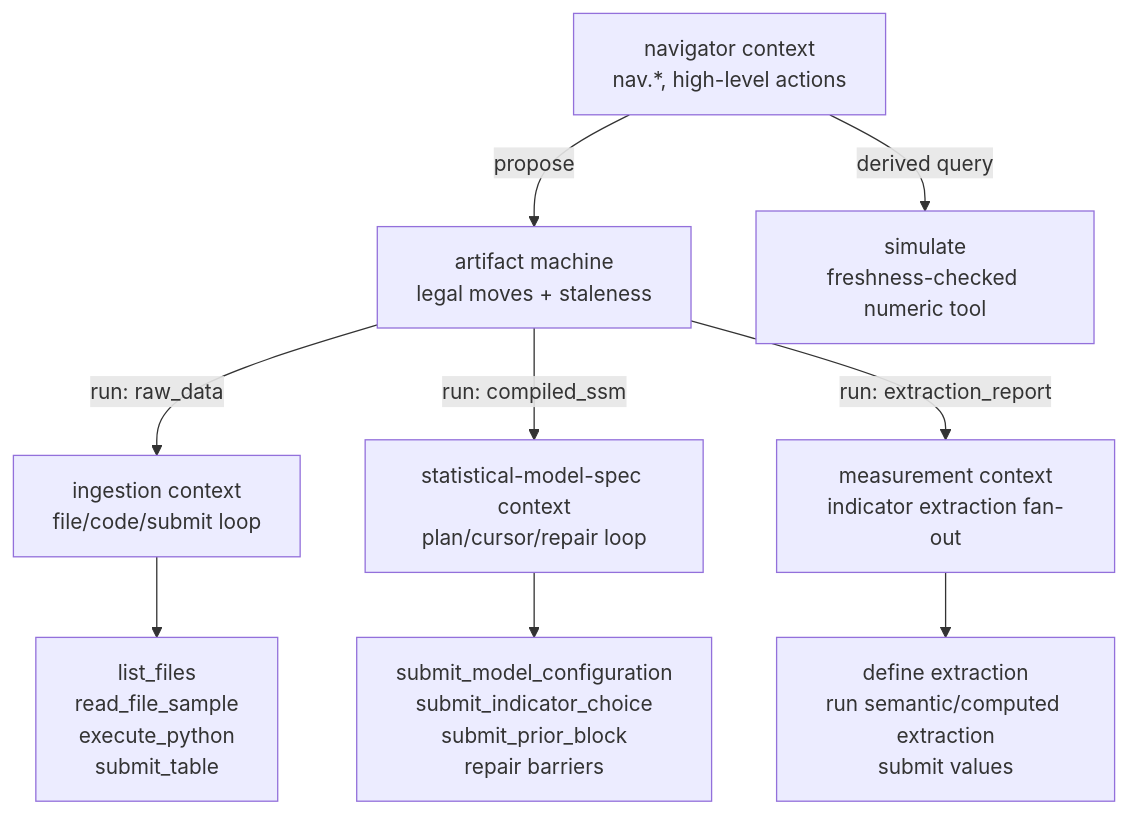
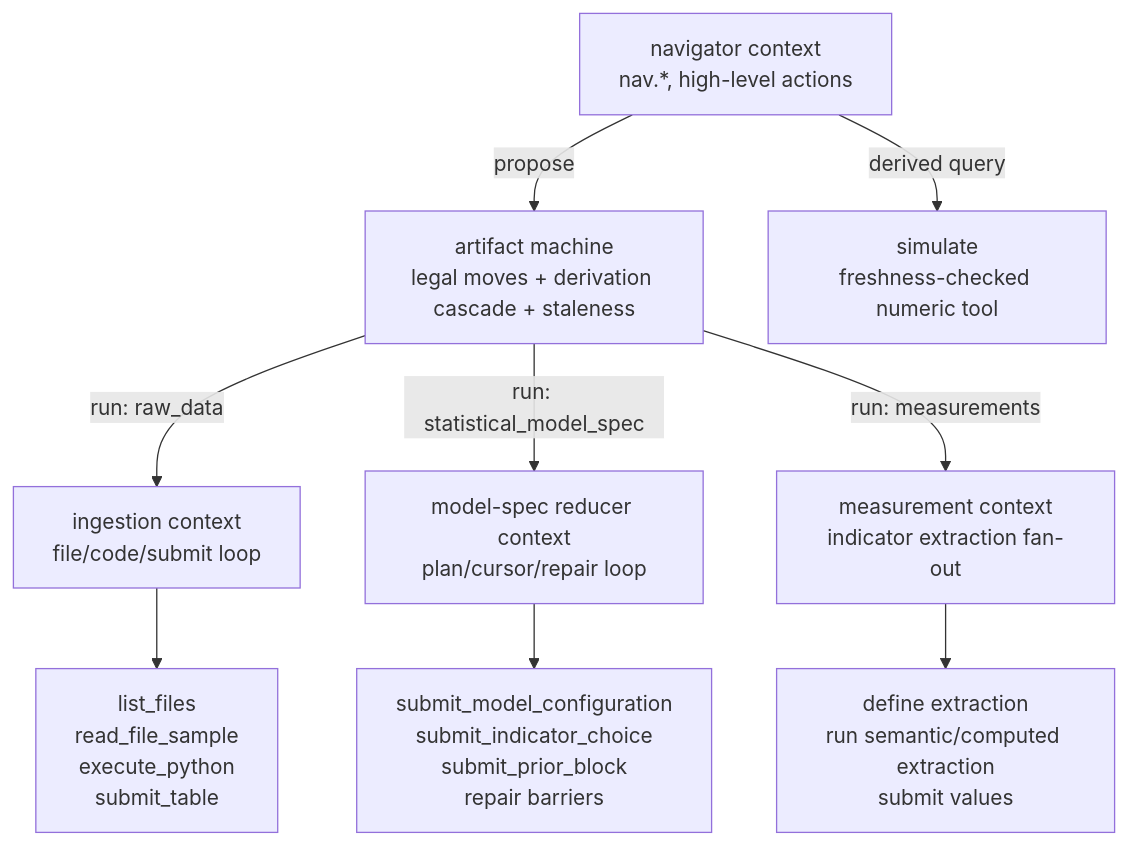
One commit to ma9o/causal-ssm-agent changed the third of 3 diagrams in docs/design/action-hierarchy.md. Above: the diagram before and after it, drawn with Mermaid. The commit also changed other lines of this file and 84 other files, not shown here.

````diff
--- a/docs/design/action-hierarchy.md
+++ b/docs/design/action-hierarchy.md
@@ -251,16 +309,16 @@
 ```mermaid
 flowchart TB
     NAV["navigator context\nnav.*, high-level actions"]
-    NAV -->|"propose"| MACH["artifact machine\nlegal moves + staleness"]
+    NAV -->|"propose"| MACH["artifact machine\nlegal moves + derivation cascade + staleness"]
 
     MACH -->|"run: raw_data"| ST0["ingestion context\nfile/code/submit loop"]
     ST0 --> ST0T["list_files\nread_file_sample\nexecute_python\nsubmit_table"]
 
-    MACH -->|"run: compiled_ssm"| ST4["statistical-model-spec context\nplan/cursor/repair loop"]
+    MACH -->|"run: statistical_model_spec"| ST4["model-spec reducer context\nplan/cursor/repair loop"]
     ST4 --> ST4T["submit_model_configuration\nsubmit_indicator_choice\nsubmit_prior_block\nrepair barriers"]
 
-    MACH -->|"run: extraction_report"| ST2["measurement context\nindicator extraction fan-out"]
+    MACH -->|"run: measurements"| ST2["measurement context\nindicator extraction fan-out"]
     ST2 --> ST2T["define extraction\nrun semantic/computed extraction\nsubmit values"]
 
     NAV -->|"derived query"| SIM["simulate\nfreshness-checked numeric tool"]
 ```
````
